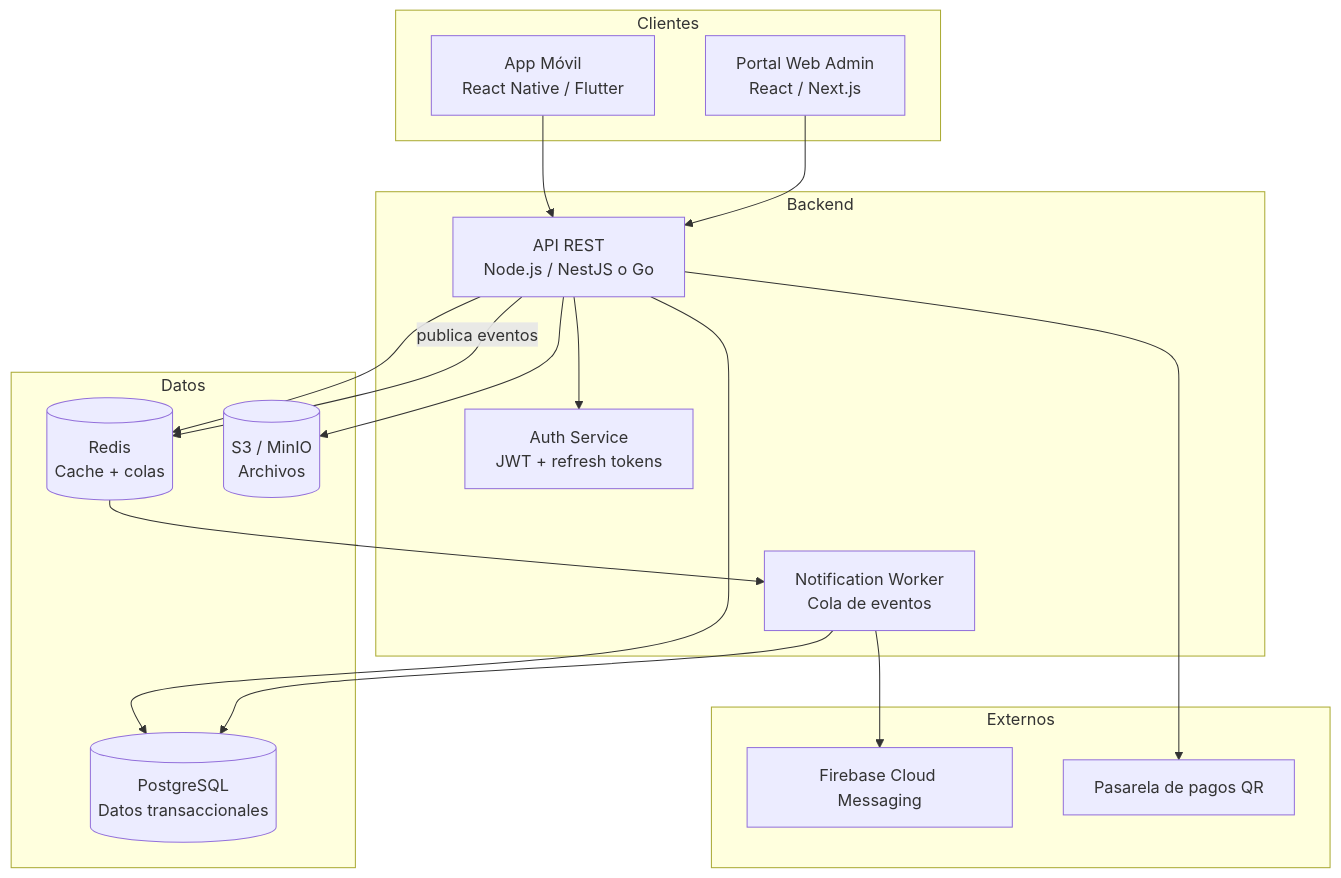
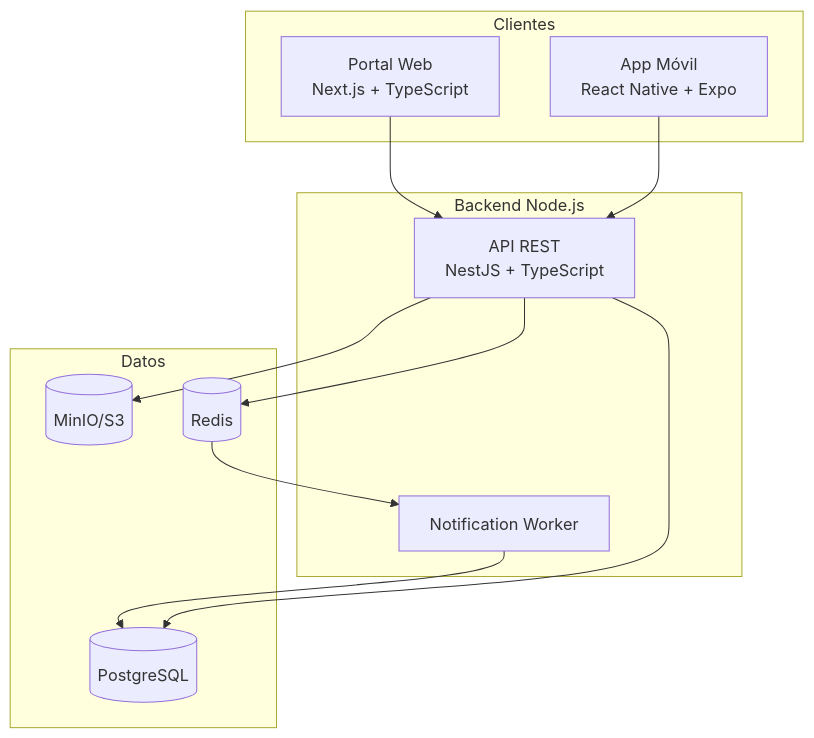
The third of 3 diagrams in specs/Architecture.md (wilmerar/colegio), drawn with Mermaid before and after one commit. The commit also changed other lines of this file and 7 other files, not shown here.

````diff
--- a/specs/Architecture.md
+++ b/specs/Architecture.md
@@ -57,36 +101,26 @@
 ```mermaid
 flowchart TB
   subgraph clients [Clientes]
-    MOBILE[App Móvil<br/>React Native / Flutter]
-    WEB[Portal Web Admin<br/>React / Next.js]
+    WEB[Portal Web<br/>Next.js + TypeScript]
+    MOBILE[App Móvil<br/>React Native + Expo]
   end
 
-  subgraph backend [Backend]
-    API[API REST<br/>Node.js / NestJS o Go]
-    WORKER[Notification Worker<br/>Cola de eventos]
-    AUTH[Auth Service<br/>JWT + refresh tokens]
+  subgraph backend [Backend Node.js]
+    API[API REST<br/>NestJS + TypeScript]
+    WORKER[Notification Worker]
   end
 
   subgraph data [Datos]
-    PG[(PostgreSQL<br/>Datos transaccionales)]
-    REDIS[(Redis<br/>Cache + colas)]
-    S3[(S3 / MinIO<br/>Archivos)]
+    PG[(PostgreSQL)]
+    REDIS[(Redis)]
+    S3[(MinIO/S3)]
   end
 
-  subgraph external [Externos]
-    FCM[Firebase Cloud Messaging]
-    PAY[Pasarela de pagos QR]
-  end
-
+  WEB --> API
   MOBILE --> API
-  WEB --> API
-  API --> AUTH
   API --> PG
   API --> REDIS
   API --> S3
-  API --> PAY
-  API -->|publica eventos| REDIS
   REDIS --> WORKER
-  WORKER --> FCM
   WORKER --> PG
 ```
````
